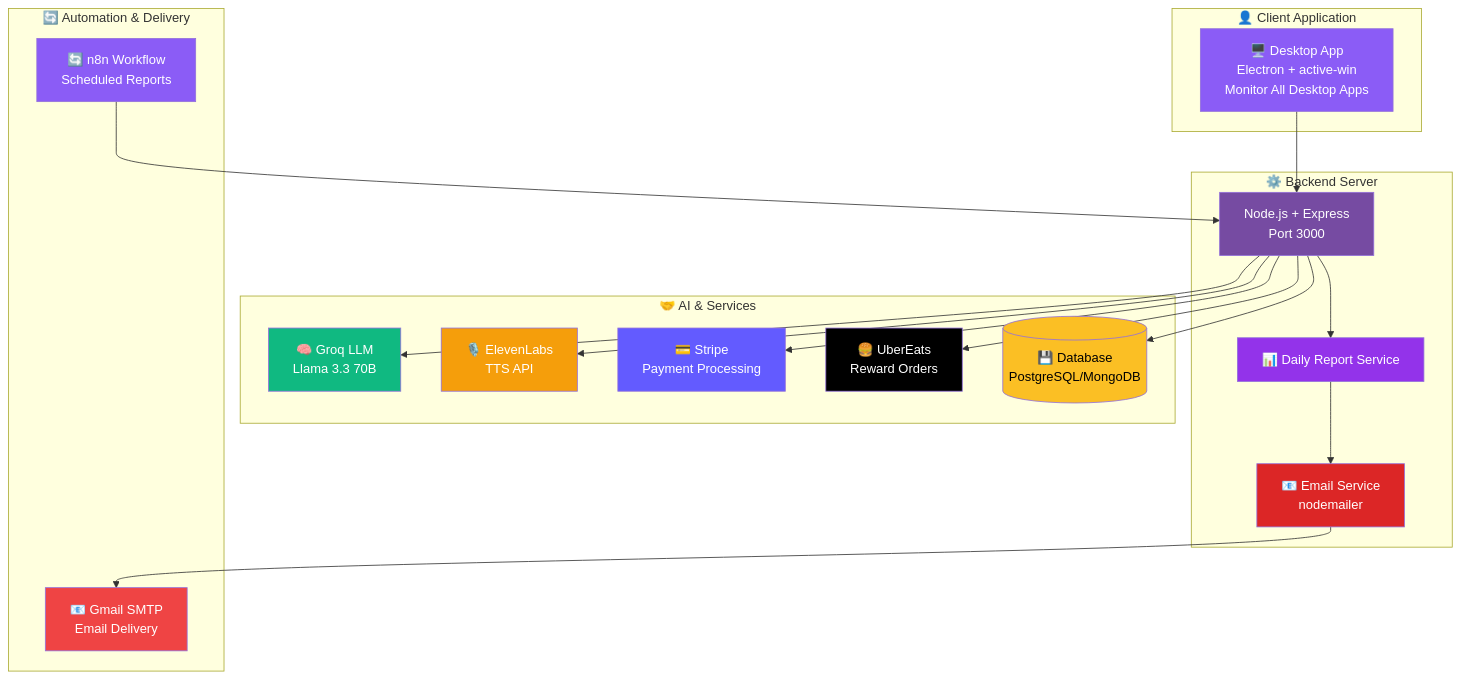
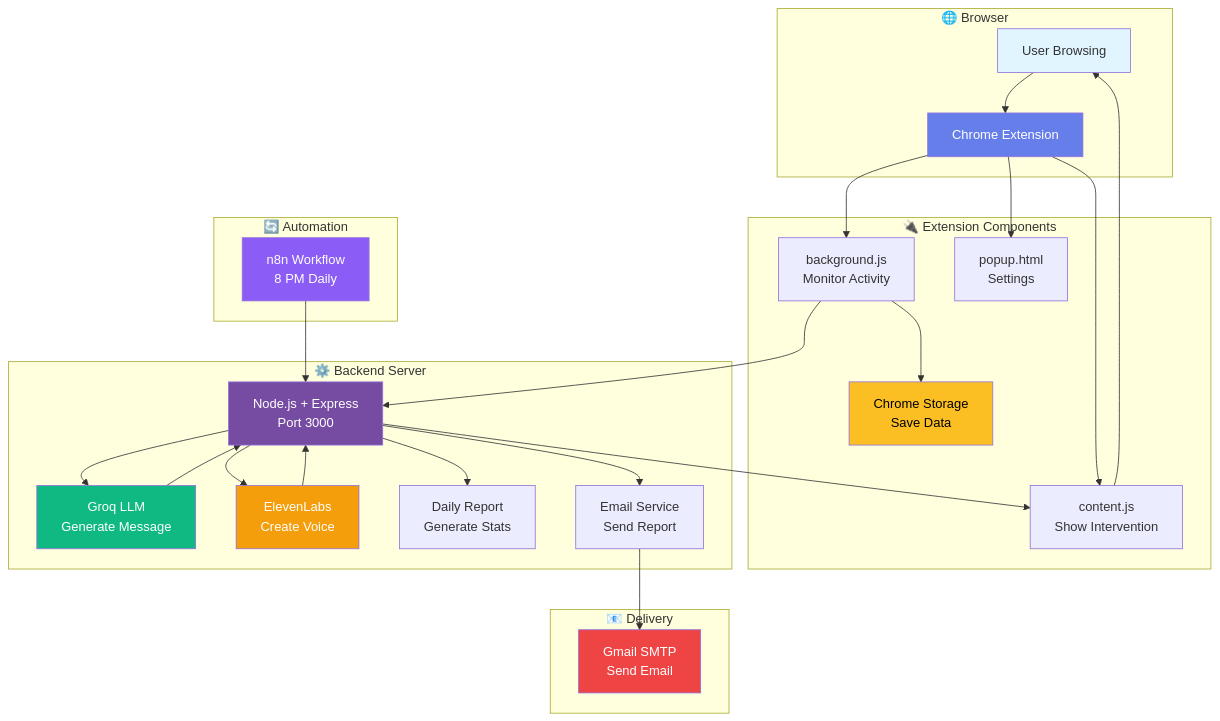
The first of 2 diagrams in README.md (Jessi0803/Bad_Habit_Breaker), drawn with Mermaid before and after one commit. The commit also changed other lines of this file, not shown here.

Commit message:
🎨 Simplify architecture based on actual implementation
Updated architecture diagrams to reflect actual project:
- Chrome Extension (not Desktop App)
- Removed non-existent features (Stripe, UberEats, Desktop/Mobile apps)
- Simplified to show actual components:
  - Extension (background.js, content.js, popup)
  - Backend (Node.js + Express)
  - Groq LLM + ElevenLabs TTS
  - Daily Report + Email Service
  - n8n automation + Gmail SMTP
- Clearer, easier to understand flow

````diff
--- a/README.md
+++ b/README.md
@@ -395,50 +395,43 @@
 ```mermaid
 graph TB
-    subgraph "👤 Client Application"
-        DA[🖥️ Desktop App<br/>Electron + active-win<br/>Monitor All Desktop Apps]
+    subgraph "🌐 Browser"
+        User[User Browsing] --> Ext[Chrome Extension]
+    end
+    
+    subgraph "🔌 Extension Components"
+        Ext --> BG[background.js<br/>Monitor Activity]
+        Ext --> CS[content.js<br/>Show Intervention]
+        Ext --> POP[popup.html<br/>Settings]
+        BG --> Storage[Chrome Storage<br/>Save Data]
     end
     
     subgraph "⚙️ Backend Server"
-        Backend[Node.js + Express<br/>Port 3000]
-        Report[📊 Daily Report Service]
-        Email[📧 Email Service<br/>nodemailer]
+        BG --> API[Node.js + Express<br/>Port 3000]
+        API --> LLM[Groq LLM<br/>Generate Message]
+        API --> TTS[ElevenLabs<br/>Create Voice]
+        API --> Report[Daily Report<br/>Generate Stats]
+        API --> Email[Email Service<br/>Send Report]
     end
     
-    subgraph "🤝 AI & Services"
-        LLM[🧠 Groq LLM<br/>Llama 3.3 70B]
-        TTS[🎙️ ElevenLabs<br/>TTS API]
-        Stripe[💳 Stripe<br/>Payment Processing]
-        Uber[🍔 UberEats<br/>Reward Orders]
-        DB[(💾 Database<br/>PostgreSQL/MongoDB)]
+    subgraph "🔄 Automation"
+        n8n[n8n Workflow<br/>8 PM Daily] --> API
     end
     
-    subgraph "🔄 Automation & Delivery"
-        n8n[🔄 n8n Workflow<br/>Scheduled Reports]
-        Gmail[📧 Gmail SMTP<br/>Email Delivery]
+    subgraph "📧 Delivery"
+        Email --> Gmail[Gmail SMTP<br/>Send Email]
     end
     
-    DA --> Backend
+    LLM --> API
+    TTS --> API
+    API --> CS
+    CS --> User
     
-    Backend --> LLM
-    Backend --> TTS
-    Backend --> Stripe
-    Backend --> Uber
-    Backend --> DB
-    Backend --> Report
-    Report --> Email
-    
-    n8n --> Backend
-    Email --> Gmail
-    
-    style DA fill:#8b5cf6,color:#fff
-    style Backend fill:#764ba2,color:#fff
+    style User fill:#e1f5ff
+    style Ext fill:#667eea,color:#fff
+    style API fill:#764ba2,color:#fff
     style LLM fill:#10b981,color:#fff
     style TTS fill:#f59e0b,color:#fff
-    style Stripe fill:#635bff,color:#fff
-    style Uber fill:#000,color:#fff
-    style DB fill:#fbbf24,color:#000
     style n8n fill:#8b5cf6,color:#fff
     style Gmail fill:#ef4444,color:#fff
-    style Report fill:#9333ea,color:#fff
-    style Email fill:#dc2626,color:#fff
+    style Storage fill:#fbbf24,color:#000
 ```
````
